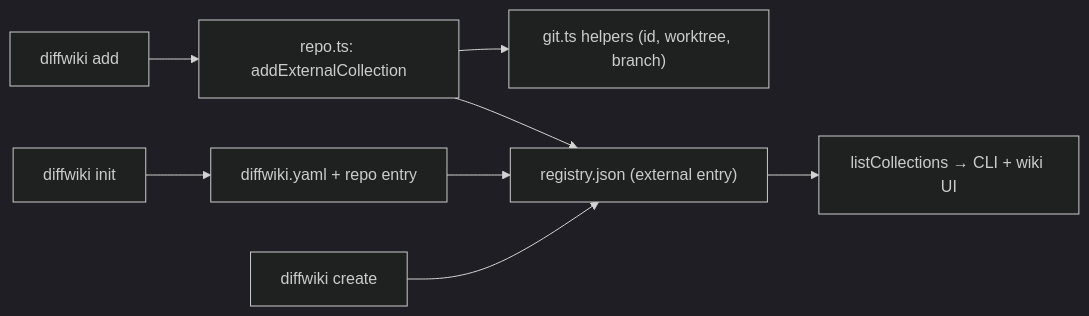
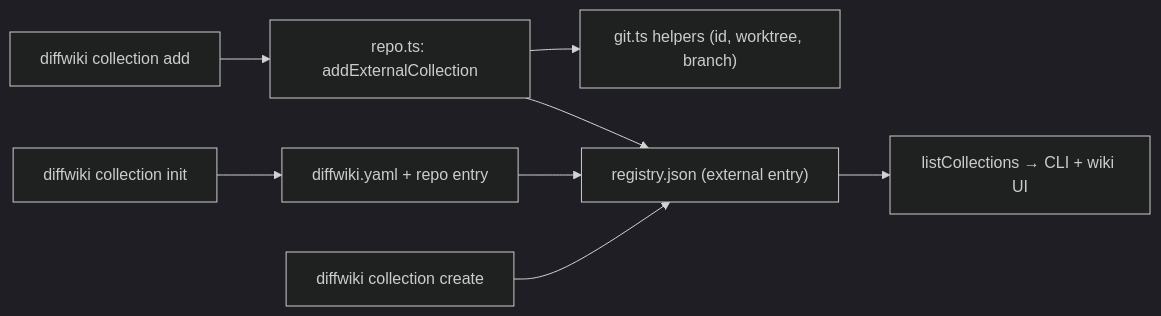
One commit to cloudvoyant/diffwiki changed the diagram in docs/architecture/collections.md. Above: the diagram before and after it, drawn with Mermaid (dark theme). The commit also changed other lines of this file and 20 other files, not shown here.

````diff
--- a/docs/architecture/collections.md
+++ b/docs/architecture/collections.md
@@ -40,9 +40,9 @@
 ```mermaid
 graph LR
-  add["diffwiki add"] --> repo["repo.ts: addExternalCollection"]
+  add["diffwiki collection add"] --> repo["repo.ts: addExternalCollection"]
   repo --> git["git.ts helpers (id, worktree, branch)"]
   repo --> reg["registry.json (external entry)"]
-  init["diffwiki init"] --> yaml["diffwiki.yaml + repo entry"] --> reg
-  create["diffwiki create"] --> reg
+  init["diffwiki collection init"] --> yaml["diffwiki.yaml + repo entry"] --> reg
+  create["diffwiki collection create"] --> reg
   reg --> list["listCollections → CLI + wiki UI"]
 ```
````
